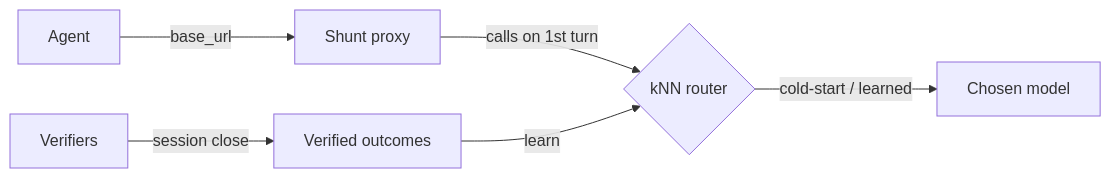
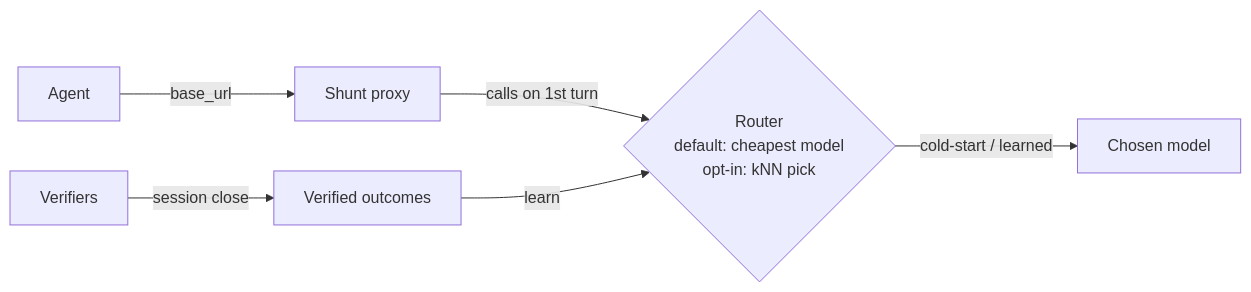
One commit to KookaS/shunt changed the diagram in docs/index.md. Above: the diagram before and after it, drawn with Mermaid. The commit also changed other lines of this file and 123 other files, not shown here.

````diff
--- a/docs/index.md
+++ b/docs/index.md
@@ -19,8 +26,8 @@
 ```mermaid
 graph LR
   A[Agent] -->|base_url| B[Shunt proxy]
-  B -->|calls on 1st turn| C{kNN router}
+  B -->|calls on 1st turn| C{"Router<br/>default: cheapest model<br/>opt-in: kNN pick"}
   C -->|cold-start / learned| D[Chosen model]
   V[Verifiers] -->|session close| R[Verified outcomes]
   R -->|learn| C
 ```
````
